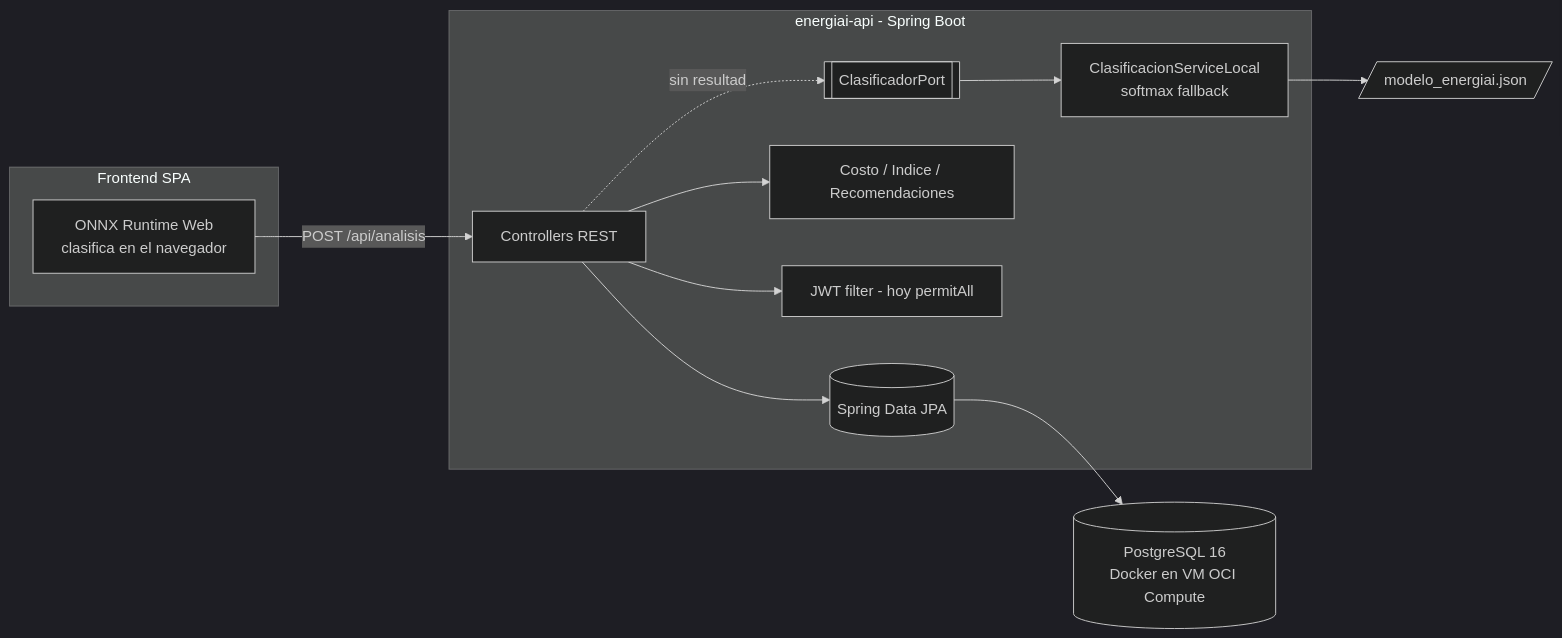
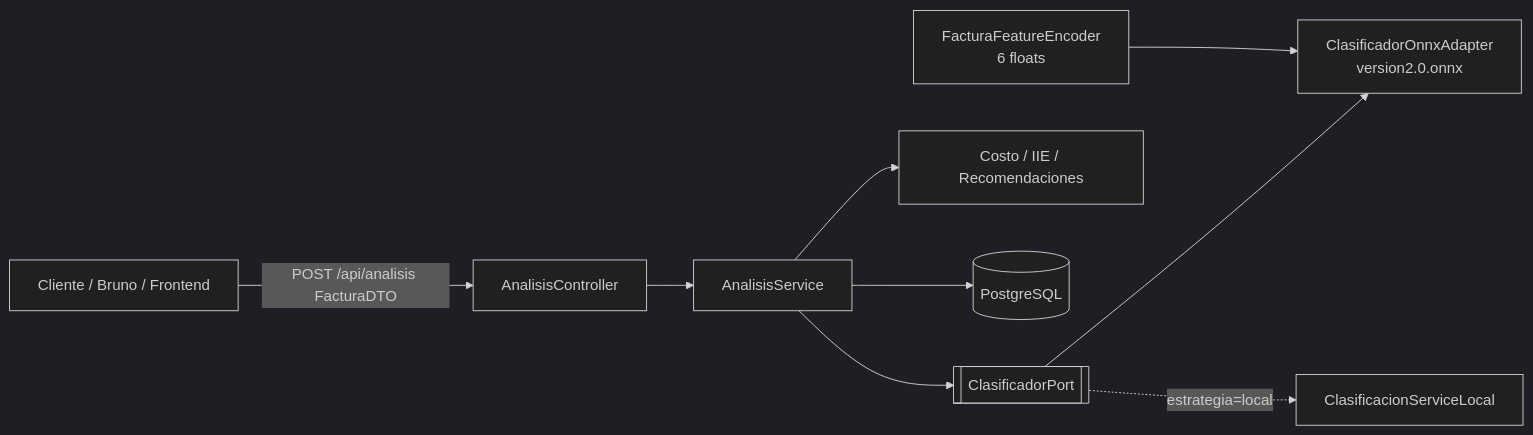
One commit to No-Country-simulation/G9-LATAM-Team-18---EnergiAI- changed the diagram in README.md. Above: the diagram before and after it, drawn with Mermaid (dark theme). The commit also changed other lines of this file and 48 other files, not shown here.

````diff
--- a/README.md
+++ b/README.md
@@ -32,22 +31,11 @@
 ```mermaid
 flowchart LR
-    subgraph FE[Frontend SPA]
-      ONNX[ONNX Runtime Web<br/>clasifica en el navegador]
-    end
-    subgraph BE[energiai-api - Spring Boot]
-      Ctrl[Controllers REST]
-      Port[[ClasificadorPort]]
-      Local[ClasificacionServiceLocal<br/>softmax fallback]
-      Neg[Costo / Indice / Recomendaciones]
-      Sec[JWT filter - hoy permitAll]
-      JPA[(Spring Data JPA)]
-    end
-    DB[(PostgreSQL 16<br/>Docker en VM OCI Compute)]
-    Model[/modelo_energiai.json/]
-
-    ONNX -->|POST /api/analisis| Ctrl
-    Ctrl --> Neg
-    Ctrl -.sin resultado.-> Port --> Local --> Model
-    Ctrl --> Sec
-    Ctrl --> JPA --> DB
+    FE[Cliente / Bruno / Frontend] -->|POST /api/analisis FacturaDTO| Ctrl[AnalisisController]
+    Ctrl --> Svc[AnalisisService]
+    Svc --> Port[[ClasificadorPort]]
+    Port --> Onnx[ClasificadorOnnxAdapter<br/>version2.0.onnx]
+    Port -.estrategia=local.-> Local[ClasificacionServiceLocal]
+    Svc --> Neg[Costo / IIE / Recomendaciones]
+    Svc --> JPA[(PostgreSQL)]
+    Enc[FacturaFeatureEncoder<br/>6 floats] --> Onnx
 ```
````
